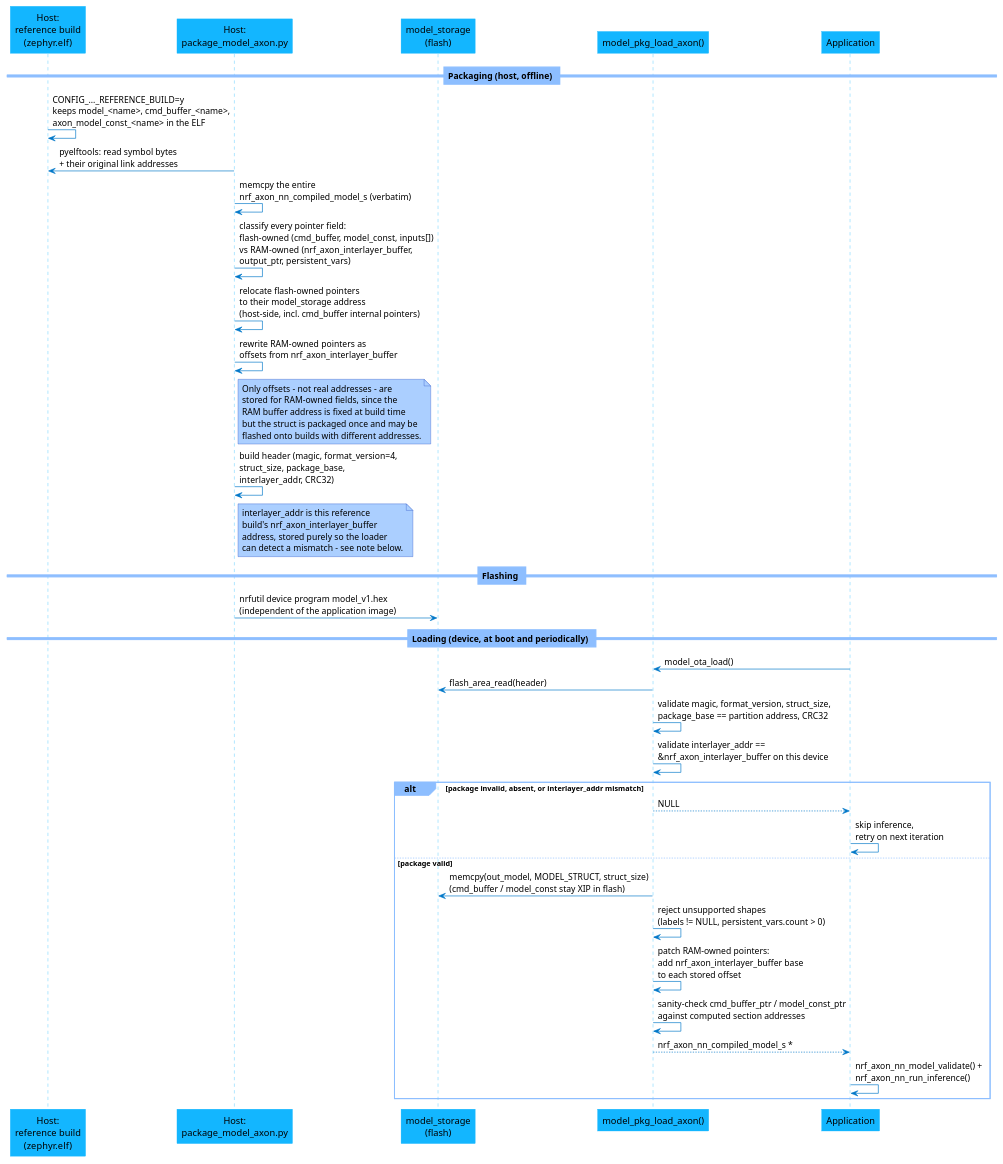
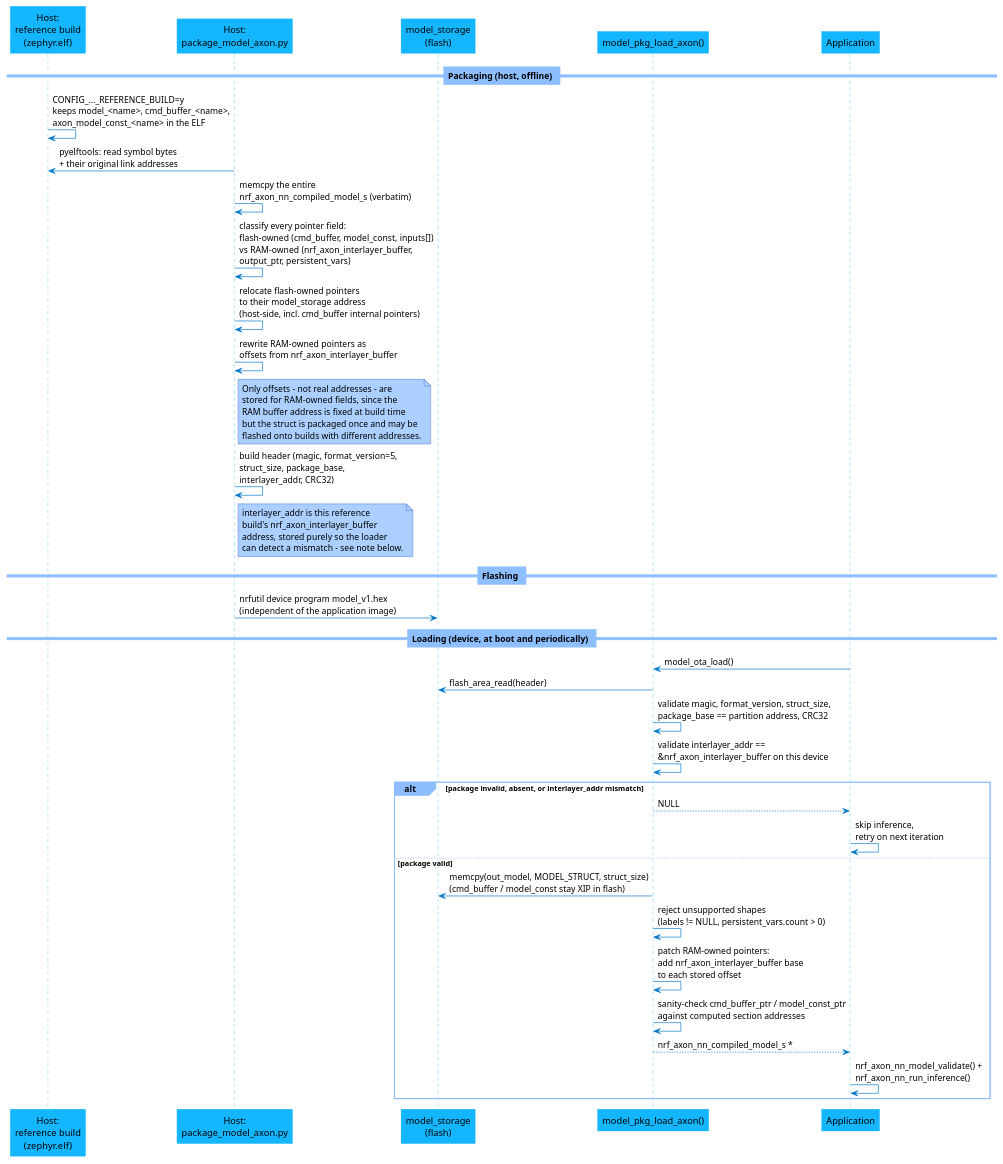
One commit to nrfconnect/sdk-edge-ai changed the third of 3 diagrams in doc/libraries/model_ota.rst. Above: the diagram before and after it, drawn with PlantUML. The commit also changed other lines of this file and 10 other files, not shown here.

```diff
--- a/doc/libraries/model_ota.rst
+++ b/doc/libraries/model_ota.rst
@@ -235,78 +235,78 @@
 .. uml::
    :caption: Axon packaging and loading. Flash-owned pointers are relocated once on the host; only RAM-owned pointers are patched on-device, and only cmd_buffer/model_const stay XIP.
 
    skinparam shadowing false
    skinparam roundcorner 0
    skinparam backgroundColor #FFFFFF
    skinparam ArrowColor #0077C8
    skinparam sequenceArrowThickness 1
 
    skinparam sequence {
      DividerBackgroundColor #8DBEFF
      DividerBorderColor #8DBEFF
      LifeLineBackgroundColor #13B6FF
      LifeLineBorderColor #13B6FF
      ParticipantBackgroundColor #13B6FF
      ParticipantBorderColor #13B6FF
      BoxBackgroundColor #C1E8FF
      BoxBorderColor #C1E8FF
      GroupBackgroundColor #8DBEFF
      GroupBorderColor #8DBEFF
    }
 
    skinparam note {
      BackgroundColor #ABCFFF
      BorderColor #2149C2
      Shadowing false
    }
 
    participant "Host:\nreference build\n(zephyr.elf)" as Ref
    participant "Host:\npackage_model_axon.py" as Host
    participant "model_storage\n(flash)" as Flash
    participant "model_pkg_load_axon()" as Loader
    participant "Application" as App
 
    == Packaging (host, offline) ==
 
    Ref -> Ref : CONFIG_..._REFERENCE_BUILD=y\nkeeps model_<name>, cmd_buffer_<name>,\naxon_model_const_<name> in the ELF
    Host -> Ref : pyelftools: read symbol bytes\n+ their original link addresses
    Host -> Host : memcpy the entire\nnrf_axon_nn_compiled_model_s (verbatim)
    Host -> Host : classify every pointer field:\nflash-owned (cmd_buffer, model_const, inputs[])\nvs RAM-owned (nrf_axon_interlayer_buffer,\noutput_ptr, persistent_vars)
    Host -> Host : relocate flash-owned pointers\nto their model_storage address\n(host-side, incl. cmd_buffer internal pointers)
    Host -> Host : rewrite RAM-owned pointers as\noffsets from nrf_axon_interlayer_buffer
    note right of Host
      Only offsets - not real addresses - are
      stored for RAM-owned fields, since the
      RAM buffer address is fixed at build time
      but the struct is packaged once and may be
      flashed onto builds with different addresses.
    end note
-   Host -> Host : build header (magic, format_version=4,\nstruct_size, package_base,\ninterlayer_addr, CRC32)
+   Host -> Host : build header (magic, format_version=5,\nstruct_size, package_base,\ninterlayer_addr, CRC32)
    note right of Host
      interlayer_addr is this reference
      build's nrf_axon_interlayer_buffer
      address, stored purely so the loader
      can detect a mismatch - see note below.
    end note
 
    == Flashing ==
 
    Host -> Flash : nrfutil device program model_v1.hex\n(independent of the application image)
 
    == Loading (device, at boot and periodically) ==
 
    App -> Loader : model_ota_load()
    Loader -> Flash : flash_area_read(header)
    Loader -> Loader : validate magic, format_version, struct_size,\npackage_base == partition address, CRC32
    Loader -> Loader : validate interlayer_addr ==\n&nrf_axon_interlayer_buffer on this device
    alt package invalid, absent, or interlayer_addr mismatch
      Loader --> App : NULL
      App -> App : skip inference,\nretry on next iteration
    else package valid
      Loader -> Flash : memcpy(out_model, MODEL_STRUCT, struct_size)\n(cmd_buffer / model_const stay XIP in flash)
      Loader -> Loader : reject unsupported shapes\n(labels != NULL, persistent_vars.count > 0)
      Loader -> Loader : patch RAM-owned pointers:\nadd nrf_axon_interlayer_buffer base\nto each stored offset
      Loader -> Loader : sanity-check cmd_buffer_ptr / model_const_ptr\nagainst computed section addresses
      Loader --> App : nrf_axon_nn_compiled_model_s *
      App -> App : nrf_axon_nn_model_validate() +\nnrf_axon_nn_run_inference()
    end
```
